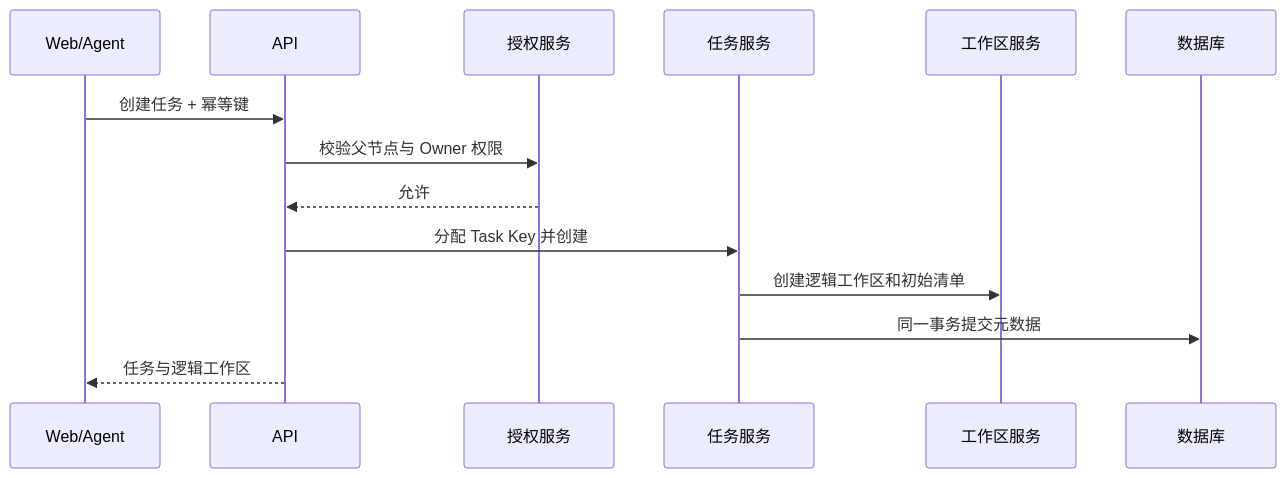
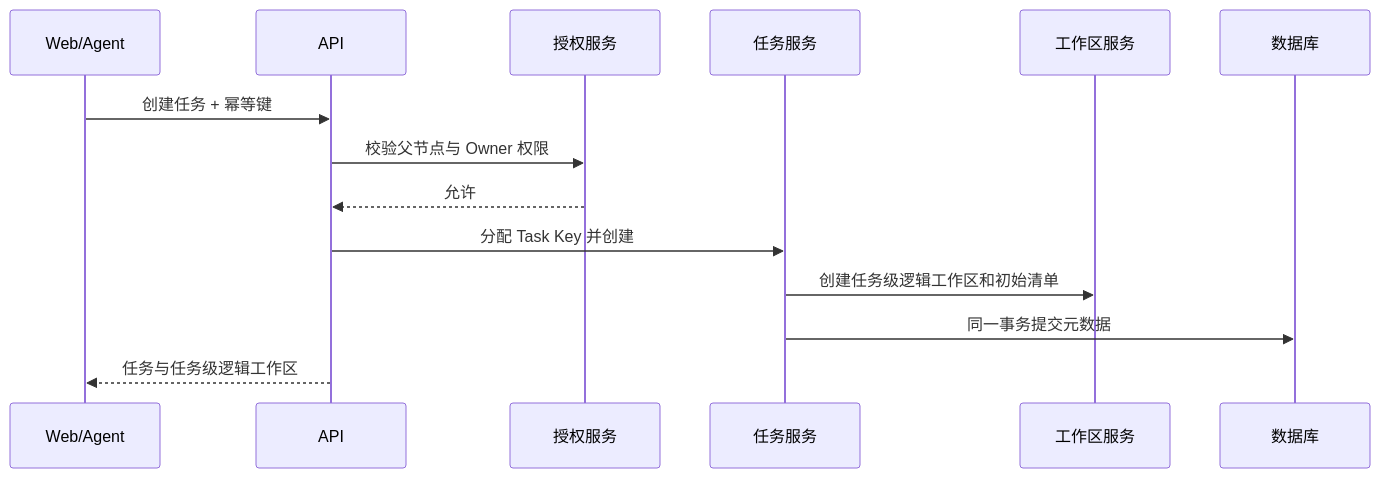
One commit to V-sion-V/NGAPD changed the second of 4 diagrams in docs/04-system-architecture.md. Above: the diagram before and after it, drawn with Mermaid. The commit also changed other lines of this file and 9 other files, not shown here.

````diff
--- a/docs/04-system-architecture.md
+++ b/docs/04-system-architecture.md
@@ -206,17 +219,17 @@
 ```mermaid
 sequenceDiagram
     participant UI as Web/Agent
     participant API as API
     participant Auth as 授权服务
     participant Task as 任务服务
     participant WS as 工作区服务
     participant DB as 数据库
 
     UI->>API: 创建任务 + 幂等键
     API->>Auth: 校验父节点与 Owner 权限
     Auth-->>API: 允许
     API->>Task: 分配 Task Key 并创建
-    Task->>WS: 创建逻辑工作区和初始清单
+    Task->>WS: 创建任务级逻辑工作区和初始清单
     Task->>DB: 同一事务提交元数据
-    API-->>UI: 任务与逻辑工作区
+    API-->>UI: 任务与任务级逻辑工作区
 ```
````
